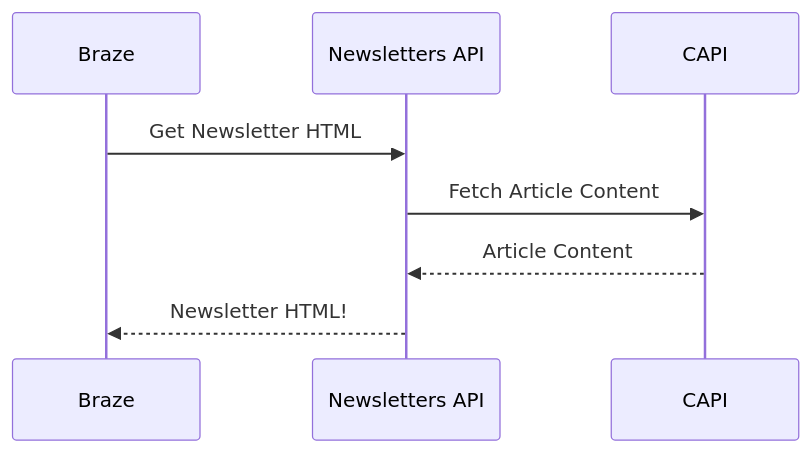
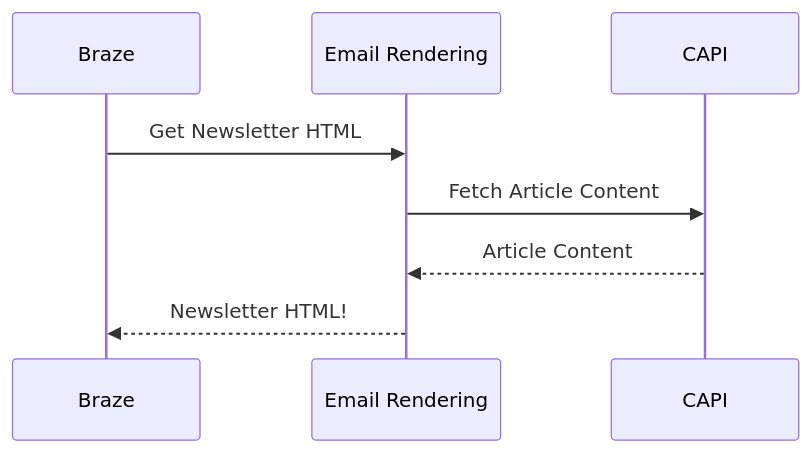
Before and after one commit to phillipbarron/newsletters-data-flow: the first of 2 diagrams in README.md, drawn with Mermaid. The commit also changed other lines of this file, not shown here.

````diff
--- a/README.md
+++ b/README.md
@@ -3,10 +5,10 @@
 ```mermaid
 sequenceDiagram
     participant Braze
-    participant Newsletters API
+    participant Email Rendering
     participant CAPI
-    Braze->>Newsletters API: Get Newsletter HTML
-    Newsletters API->>CAPI: Fetch Article Content
-    CAPI-->>Newsletters API: Article Content
-    Newsletters API-->>Braze: Newsletter HTML!
+    Braze->>Email Rendering: Get Newsletter HTML
+    Email Rendering->>CAPI: Fetch Article Content
+    CAPI-->>Email Rendering: Article Content
+    Email Rendering-->>Braze: Newsletter HTML!
 ```
````
